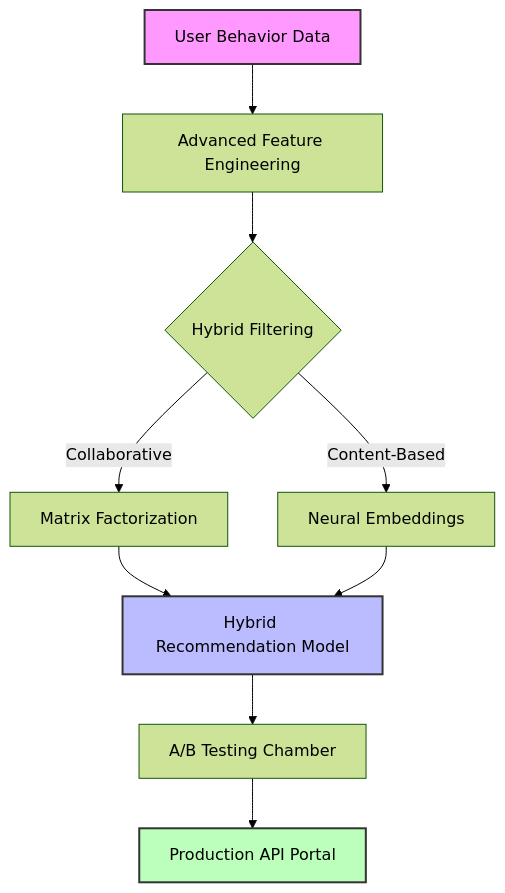
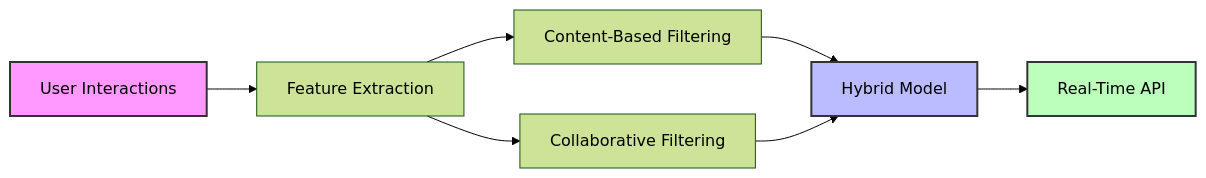
One commit to joaquimtimoteo/joaquimtimoteo changed the second of 3 diagrams in README.md. Above: the diagram before and after it, drawn with Mermaid (forest theme). The commit also changed other lines of this file, not shown here.

````diff
--- a/README.md
+++ b/README.md
@@ -127,14 +198,13 @@
 ```mermaid
-graph TD
-    A[User Behavior Data] --> B[Advanced Feature Engineering]
-    B --> C{Hybrid Filtering}
-    C -->|Collaborative| D[Matrix Factorization]
-    C -->|Content-Based| E[Neural Embeddings]
-    D & E --> F[Hybrid Recommendation Model]
-    F --> G[A/B Testing Chamber]
-    G --> H[Production API Portal]
+graph LR
+    A[User Interactions] --> B[Feature Extraction]
+    B --> C[Content-Based Filtering]
+    B --> D[Collaborative Filtering]
+    C --> E[Hybrid Model]
+    D --> E
+    E --> F[Real-Time API]
     
     style A fill:#f9f,stroke:#333,stroke-width:2px
-    style F fill:#bbf,stroke:#333,stroke-width:2px
-    style H fill:#bfb,stroke:#333,stroke-width:2px
+    style E fill:#bbf,stroke:#333,stroke-width:2px
+    style F fill:#bfb,stroke:#333,stroke-width:2px
 ```
````
